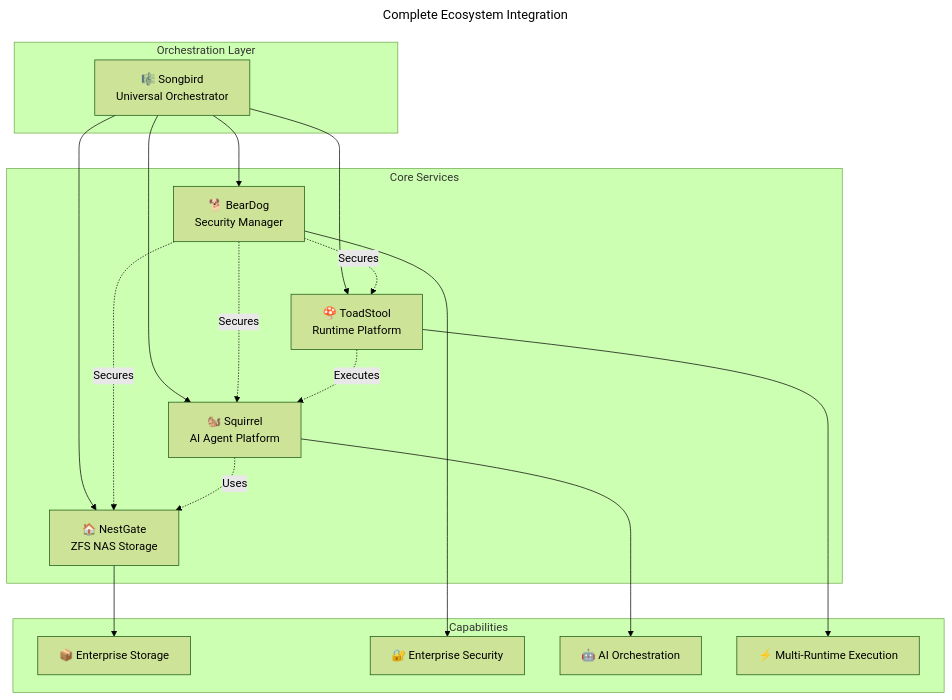
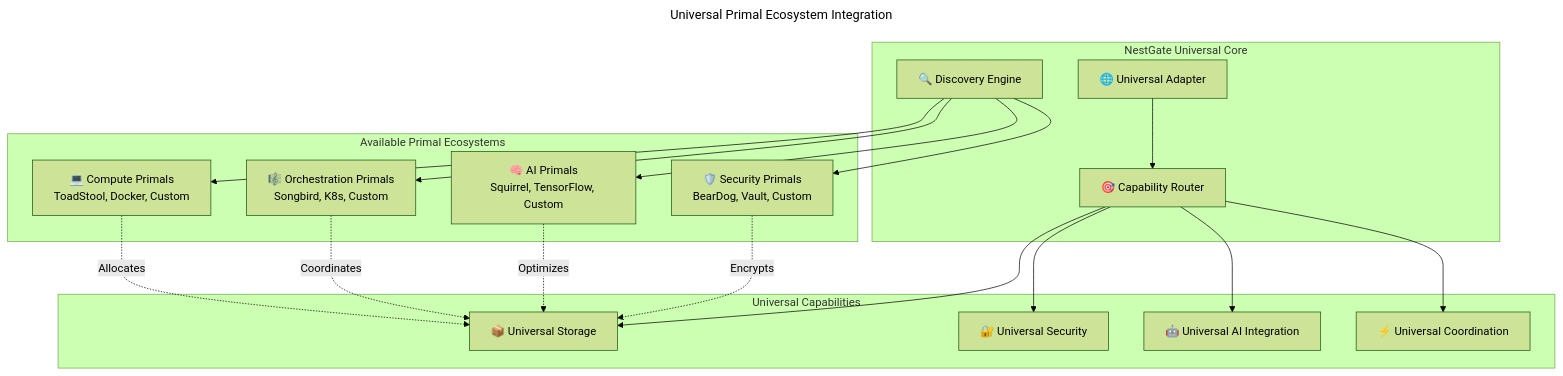
One commit to ecoPrimals/nestGate changed the diagram in specs/ECOSYSTEM_ANALYSIS.md. Above: the diagram before and after it, drawn with Mermaid (forest theme). The commit also changed other lines of this file and 193 other files, not shown here.

````diff
--- a/specs/ECOSYSTEM_ANALYSIS.md
+++ b/specs/ECOSYSTEM_ANALYSIS.md
@@ -213,39 +132,41 @@
 ```mermaid
 ---
-title: Complete Ecosystem Integration
+title: Universal Primal Ecosystem Integration
 ---
 graph TB
-    subgraph "Orchestration Layer"
-        SB[🎼 Songbird<br/>Universal Orchestrator]
+    subgraph "NestGate Universal Core"
+        UA[🌐 Universal Adapter]
+        DE[🔍 Discovery Engine]
+        CR[🎯 Capability Router]
     end
     
-    subgraph "Core Services"
-        NG[🏠 NestGate<br/>ZFS NAS Storage]
-        BD[🐕 BearDog<br/>Security Manager]
-        SQ[🐿️ Squirrel<br/>AI Agent Platform]
-        TS[🍄 ToadStool<br/>Runtime Platform]
+    subgraph "Available Primal Ecosystems"
+        SP[🛡️ Security Primals<br/>BearDog, Vault, Custom]
+        AP[🧠 AI Primals<br/>Squirrel, TensorFlow, Custom]
+        OP[🎼 Orchestration Primals<br/>Songbird, K8s, Custom]
+        CP[💻 Compute Primals<br/>ToadStool, Docker, Custom]
     end
     
-    subgraph "Capabilities"
-        STORAGE[📦 Enterprise Storage]
-        SECURITY[🔐 Enterprise Security]
-        AI[🤖 AI Orchestration]
-        RUNTIME[⚡ Multi-Runtime Execution]
+    subgraph "Universal Capabilities"
+        STORAGE[📦 Universal Storage]
+        SECURITY[🔐 Universal Security]
+        AI[🤖 Universal AI Integration]
+        COORDINATION[⚡ Universal Coordination]
     end
     
-    SB --> NG
-    SB --> BD
-    SB --> SQ
-    SB --> TS
+    DE --> SP
+    DE --> AP
+    DE --> OP
+    DE --> CP
     
-    NG --> STORAGE
-    BD --> SECURITY
-    SQ --> AI
-    TS --> RUNTIME
+    UA --> CR
+    CR --> STORAGE
+    CR --> SECURITY
+    CR --> AI
+    CR --> COORDINATION
     
-    BD -.->|Secures| NG
-    BD -.->|Secures| SQ
-    BD -.->|Secures| TS
-    TS -.->|Executes| SQ
-    SQ -.->|Uses| NG
+    SP -.->|Encrypts| STORAGE
+    AP -.->|Optimizes| STORAGE
+    OP -.->|Coordinates| STORAGE
+    CP -.->|Allocates| STORAGE
 ```
````
